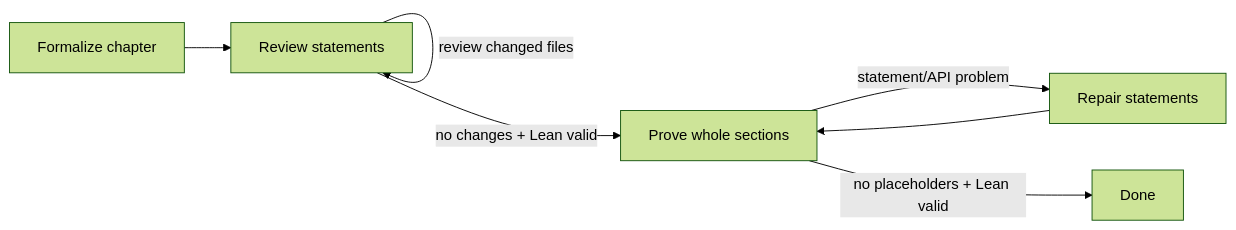
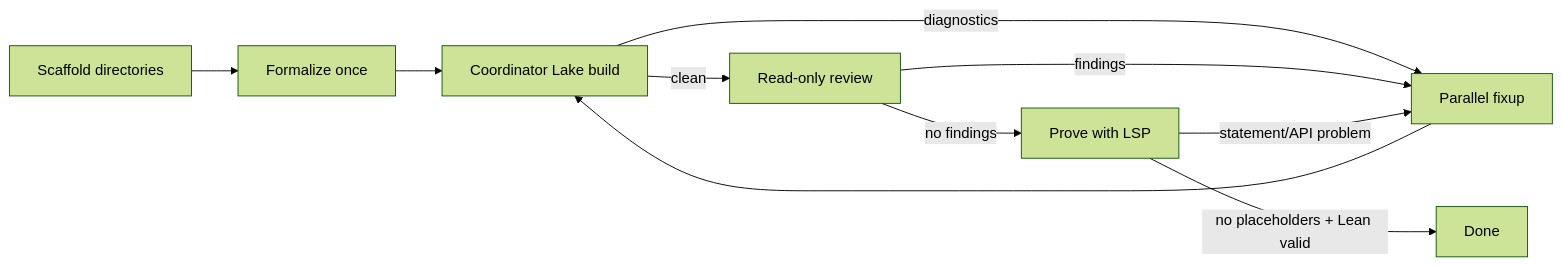
Before and after one commit to phulin/LastLib: the diagram in SWARM.md, drawn with Mermaid (forest theme). The commit also changed other lines of this file and 13 other files, not shown here.

````diff
--- a/SWARM.md
+++ b/SWARM.md
@@ -12,9 +12,12 @@
 ```mermaid
 flowchart LR
-    F[Formalize chapter] --> R[Review statements]
-    R -->|review changed files| R
-    R -->|no changes + Lean valid| P[Prove whole sections]
-    P -->|statement/API problem| X[Repair statements]
-    X --> P
+    S[Scaffold directories] --> F[Formalize once]
+    F --> B[Coordinator Lake build]
+    B -->|diagnostics| X[Parallel fixup]
+    X --> B
+    B -->|clean| R[Read-only review]
+    R -->|findings| X
+    R -->|no findings| P[Prove with LSP]
+    P -->|statement/API problem| X
     P -->|no placeholders + Lean valid| D[Done]
 ```
````
